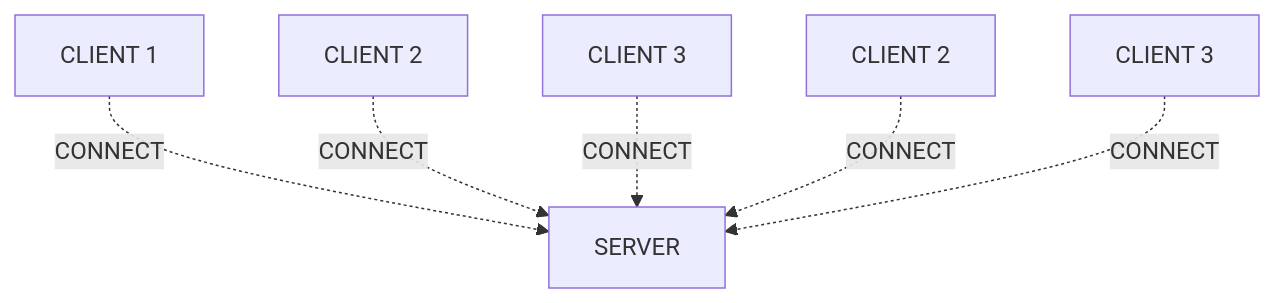
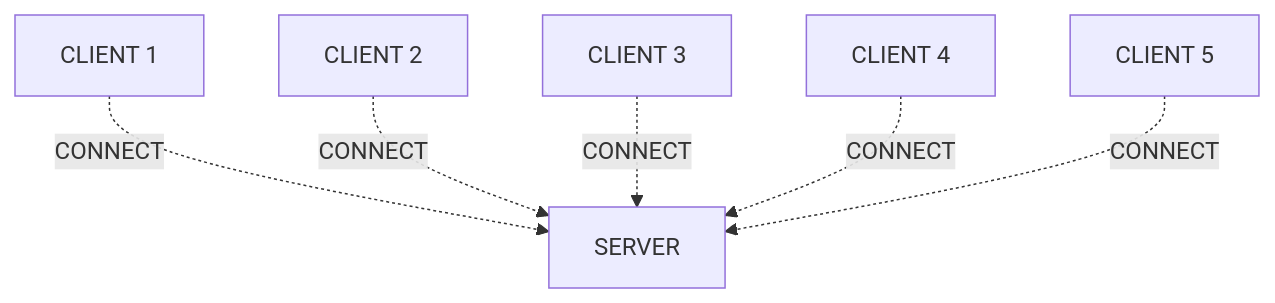
One commit to wingemo/condvisa changed the first of 3 diagrams in README.md. Above: the diagram before and after it, drawn with Mermaid. The commit also changed other lines of this file, not shown here.

````diff
--- a/README.md
+++ b/README.md
@@ -6,8 +6,8 @@
 ```mermaid
 graph TD;
     id1[CLIENT 1]-. CONNECT .->SERVER;
     id2[CLIENT 2]-. CONNECT .->SERVER;
     id3[CLIENT 3]-. CONNECT .->SERVER;
-    id4[CLIENT 2]-. CONNECT .->SERVER;
-    id5[CLIENT 3]-. CONNECT .->SERVER;
+    id4[CLIENT 4]-. CONNECT .->SERVER;
+    id5[CLIENT 5]-. CONNECT .->SERVER;
 ```
````
